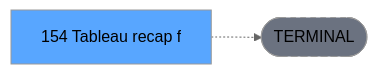
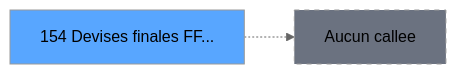
Before and after one commit to thonyAGP/magic-migration: the third of 3 diagrams in .openspec/specs/ADH-IDE-154.md, drawn with Mermaid (neutral theme). The commit also changed other lines of this file and 311 other files, not shown here.

````diff
--- a/.openspec/specs/ADH-IDE-154.md
+++ b/.openspec/specs/ADH-IDE-154.md
@@ -161,8 +168,8 @@
 ```mermaid
 graph LR
-    T[154 Tableau recap f]
-    TERM([TERMINAL])
-    T -.-> TERM
-    style TERM fill:#6b7280,stroke-dasharray: 5 5
-    style T fill:#58a6ff,color:#000
+    T154[154 Devises finales FF...]
+    style T154 fill:#58a6ff
+    NONE[Aucun callee]
+    T154 -.-> NONE
+    style NONE fill:#6b7280,stroke-dasharray: 5 5
 ```
````
